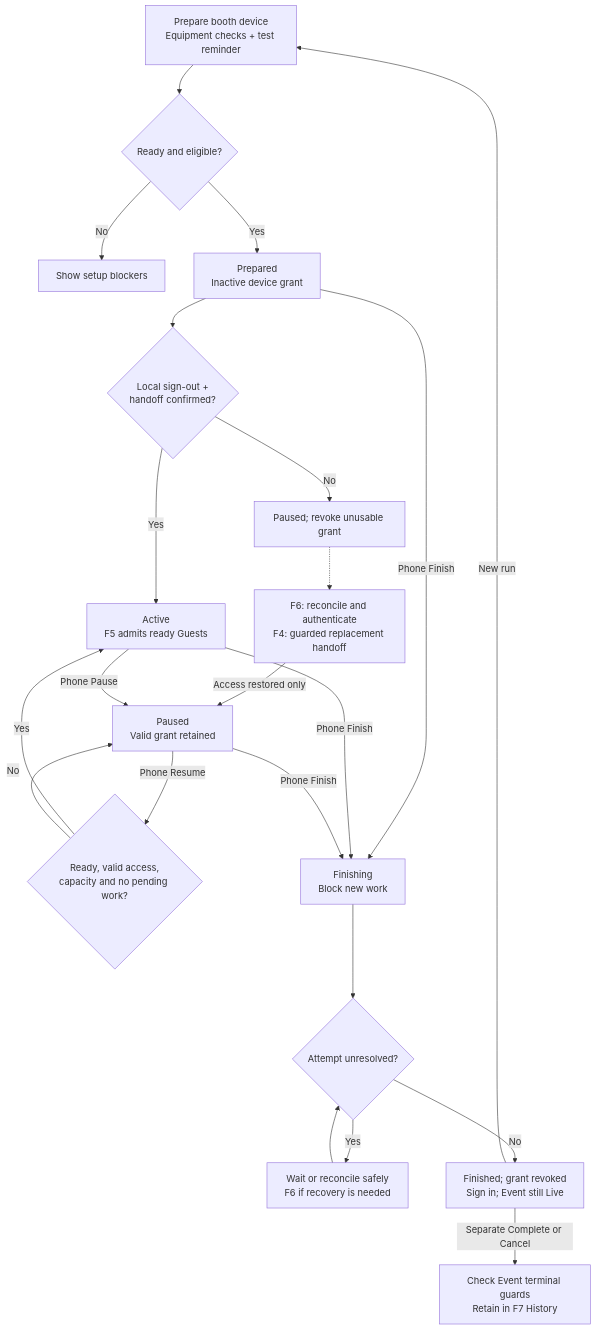
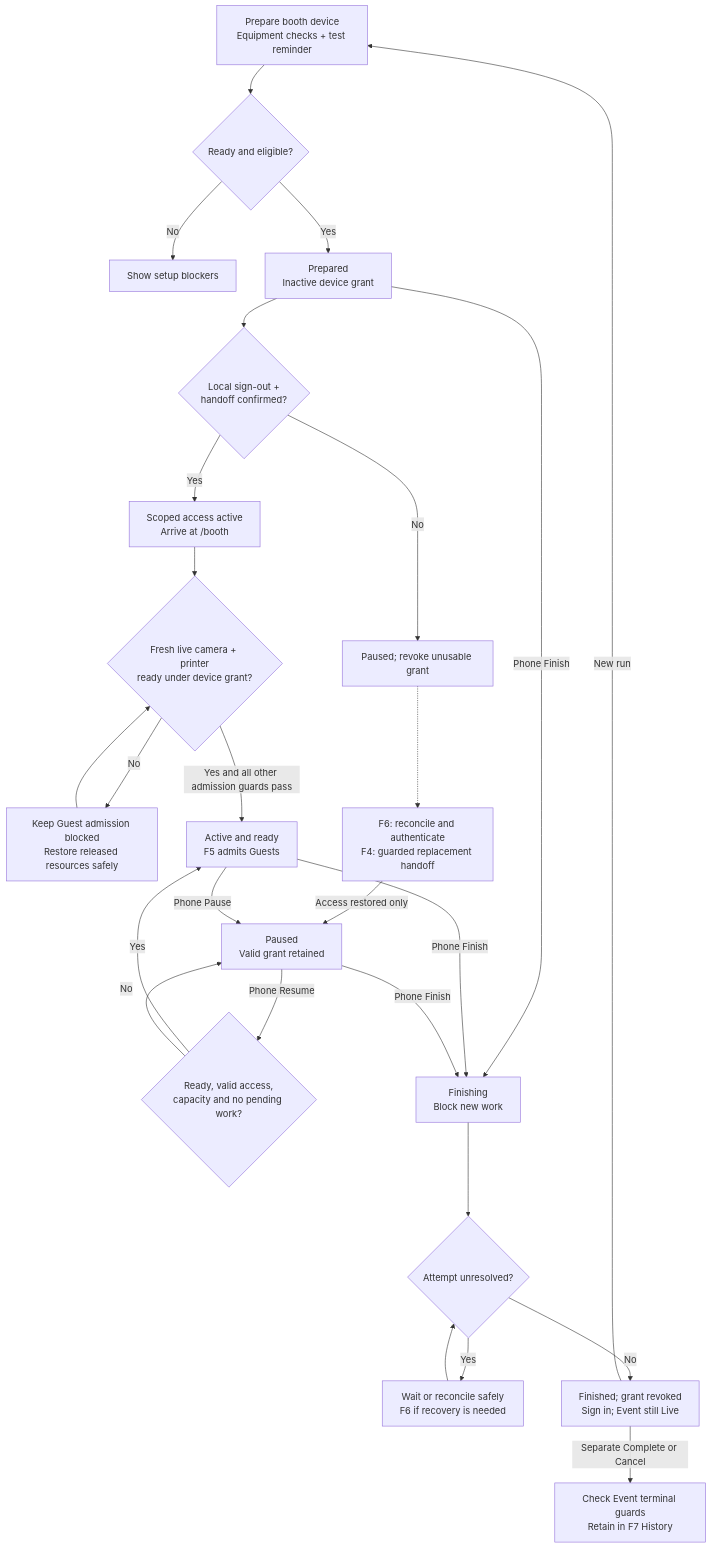
The fifth of 10 diagrams in docs/diagrams/issue-10-functional-breakdown.md (noelorph/diy-instax-photobooth), drawn with Mermaid before and after one commit. The commit also changed other lines of this file and 23 other files, not shown here.

````diff
--- a/docs/diagrams/issue-10-functional-breakdown.md
+++ b/docs/diagrams/issue-10-functional-breakdown.md
@@ -113,24 +115,28 @@
 ```mermaid
 flowchart TD
   SETUP["Prepare booth device<br/>Equipment checks + test reminder"] --> READY{"Ready and eligible?"}
   READY -->|No| HELP["Show setup blockers"]
   READY -->|Yes| PREPARED["Prepared<br/>Inactive device grant"]
   PREPARED --> HANDOFF{"Local sign-out +<br/>handoff confirmed?"}
-  HANDOFF -->|Yes| ACTIVE["Active<br/>F5 admits ready Guests"]
+  HANDOFF -->|Yes| SCOPED["Scoped access active<br/>Arrive at /booth"]
+  SCOPED --> FRESH{"Fresh live camera + printer<br/>ready under device grant?"}
+  FRESH -->|No| RECHECK["Keep Guest admission blocked<br/>Restore released resources safely"]
+  RECHECK --> FRESH
+  FRESH -->|Yes and all other admission guards pass| ACTIVE["Active and ready<br/>F5 admits Guests"]
   HANDOFF -->|No| FAILED["Paused; revoke unusable grant"]
   FAILED -.-> RECOVER["F6: reconcile and authenticate<br/>F4: guarded replacement handoff"]
   RECOVER -->|Access restored only| PAUSED["Paused<br/>Valid grant retained"]
   ACTIVE -->|Phone Pause| PAUSED
   PAUSED -->|Phone Resume| RESUME{"Ready, valid access,<br/>capacity and no pending work?"}
   RESUME -->|Yes| ACTIVE
   RESUME -->|No| PAUSED
   PREPARED -->|Phone Finish| FINISHING["Finishing<br/>Block new work"]
   ACTIVE -->|Phone Finish| FINISHING
   PAUSED -->|Phone Finish| FINISHING
   FINISHING --> PENDING{"Attempt unresolved?"}
   PENDING -->|Yes| SETTLE["Wait or reconcile safely<br/>F6 if recovery is needed"]
   SETTLE --> PENDING
   PENDING -->|No| FINISHED["Finished; grant revoked<br/>Sign in; Event still Live"]
   FINISHED -->|New run| SETUP
   FINISHED -->|Separate Complete or Cancel| TERMINAL["Check Event terminal guards<br/>Retain in F7 History"]
 ```
````
